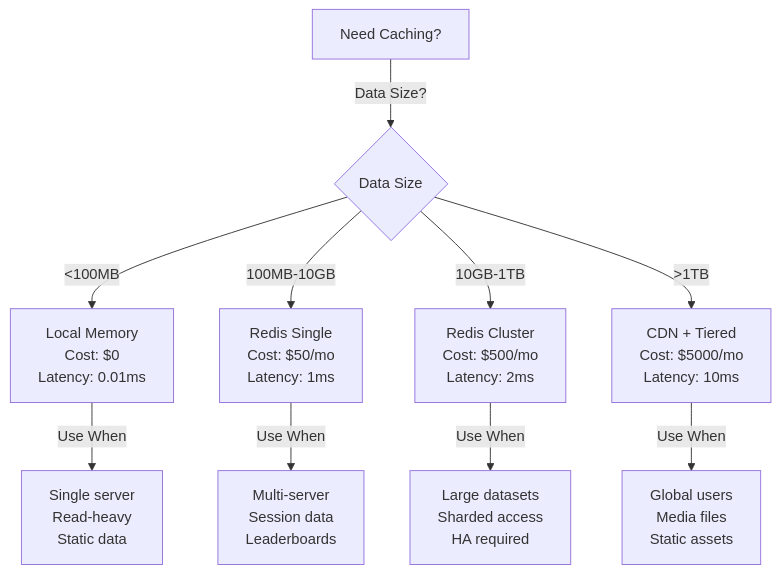
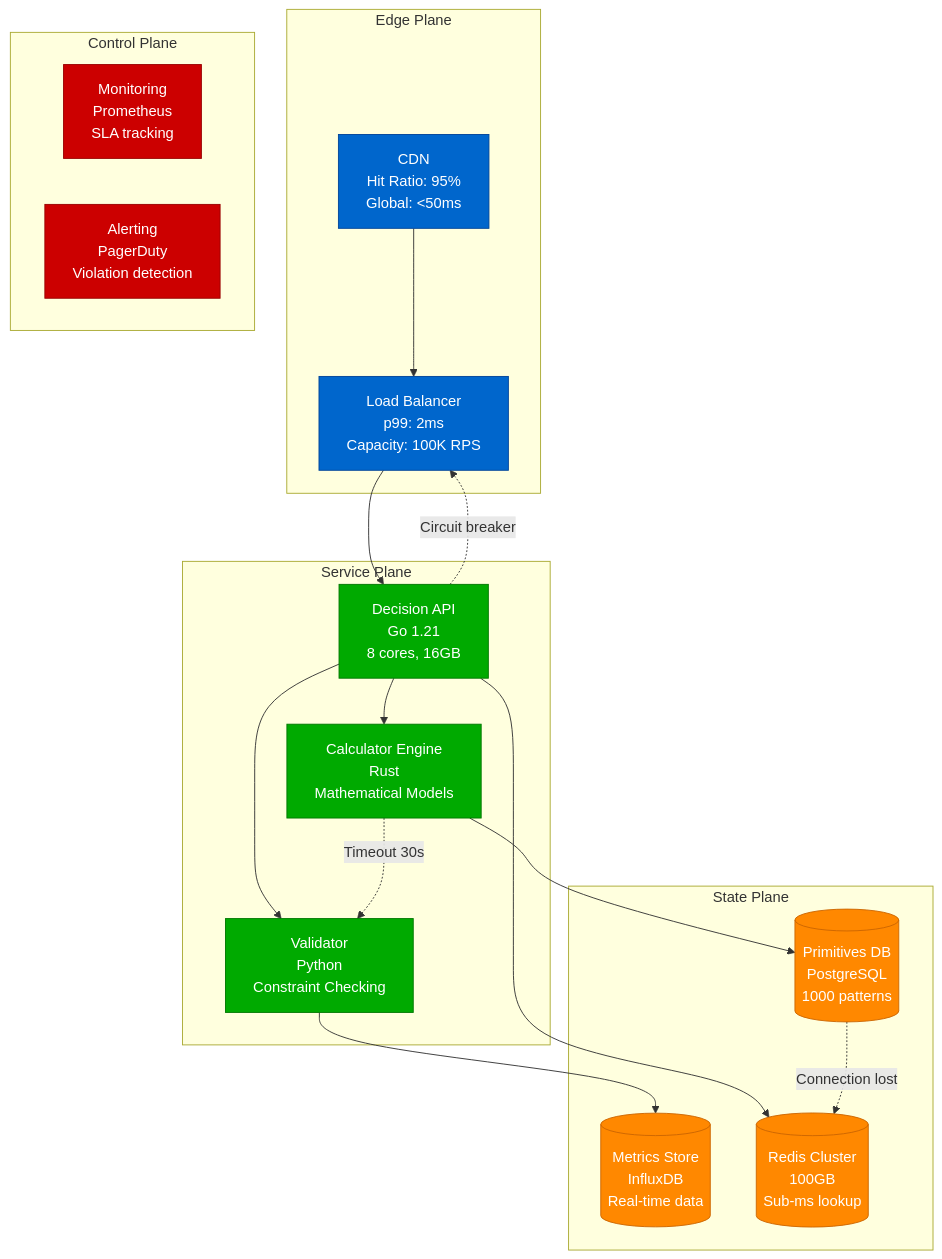
One commit to deepaucksharma/DS changed the diagram in site/docs/patterns/decision-engine.md. Above: the diagram before and after it, drawn with Mermaid. The commit also changed other lines of this file and 180 other files, not shown here.

````diff
--- a/site/docs/patterns/decision-engine.md
+++ b/site/docs/patterns/decision-engine.md
@@ -7,14 +7,49 @@
 ```mermaid
-graph TD
-    START[Need Caching?] -->|Data Size?| SIZE{Data Size}
+graph TB
+    subgraph EdgePlane[Edge Plane]
+        LB[Load Balancer<br/>p99: 2ms<br/>Capacity: 100K RPS]
+        CDN[CDN<br/>Hit Ratio: 95%<br/>Global: <50ms]
+    end
 
-    SIZE -->|<100MB| LOCAL[Local Memory<br/>Cost: $0<br/>Latency: 0.01ms]
-    SIZE -->|100MB-10GB| REDIS[Redis Single<br/>Cost: $50/mo<br/>Latency: 1ms]
-    SIZE -->|10GB-1TB| CLUSTER[Redis Cluster<br/>Cost: $500/mo<br/>Latency: 2ms]
-    SIZE -->|>1TB| CDN[CDN + Tiered<br/>Cost: $5000/mo<br/>Latency: 10ms]
+    subgraph ServicePlane[Service Plane]
+        API[Decision API<br/>Go 1.21<br/>8 cores, 16GB]
+        CALC[Calculator Engine<br/>Rust<br/>Mathematical Models]
+        VAL[Validator<br/>Python<br/>Constraint Checking]
+    end
 
-    LOCAL -->|Use When| LU[Single server<br/>Read-heavy<br/>Static data]
-    REDIS -->|Use When| RU[Multi-server<br/>Session data<br/>Leaderboards]
-    CLUSTER -->|Use When| CU[Large datasets<br/>Sharded access<br/>HA required]
-    CDN -->|Use When| DU[Global users<br/>Media files<br/>Static assets]
+    subgraph StatePlane[State Plane]
+        PRIM[(Primitives DB<br/>PostgreSQL<br/>1000 patterns)]
+        METRICS[(Metrics Store<br/>InfluxDB<br/>Real-time data)]
+        CACHE[(Redis Cluster<br/>100GB<br/>Sub-ms lookup)]
+    end
+
+    subgraph ControlPlane[Control Plane]
+        MON[Monitoring<br/>Prometheus<br/>SLA tracking]
+        ALERT[Alerting<br/>PagerDuty<br/>Violation detection]
+    end
+
+    %% Flow
+    CDN --> LB
+    LB --> API
+    API --> CALC
+    API --> VAL
+    CALC --> PRIM
+    VAL --> METRICS
+    API --> CACHE
+
+    %% Failure scenarios
+    CALC -.->|Timeout 30s| VAL
+    PRIM -.->|Connection lost| CACHE
+    API -.->|Circuit breaker| LB
+
+    %% Apply four-plane colors
+    classDef edgeStyle fill:#0066CC,stroke:#004499,color:#fff
+    classDef serviceStyle fill:#00AA00,stroke:#007700,color:#fff
+    classDef stateStyle fill:#FF8800,stroke:#CC6600,color:#fff
+    classDef controlStyle fill:#CC0000,stroke:#990000,color:#fff
+
+    class LB,CDN edgeStyle
+    class API,CALC,VAL serviceStyle
+    class PRIM,METRICS,CACHE stateStyle
+    class MON,ALERT controlStyle
 ```
````
